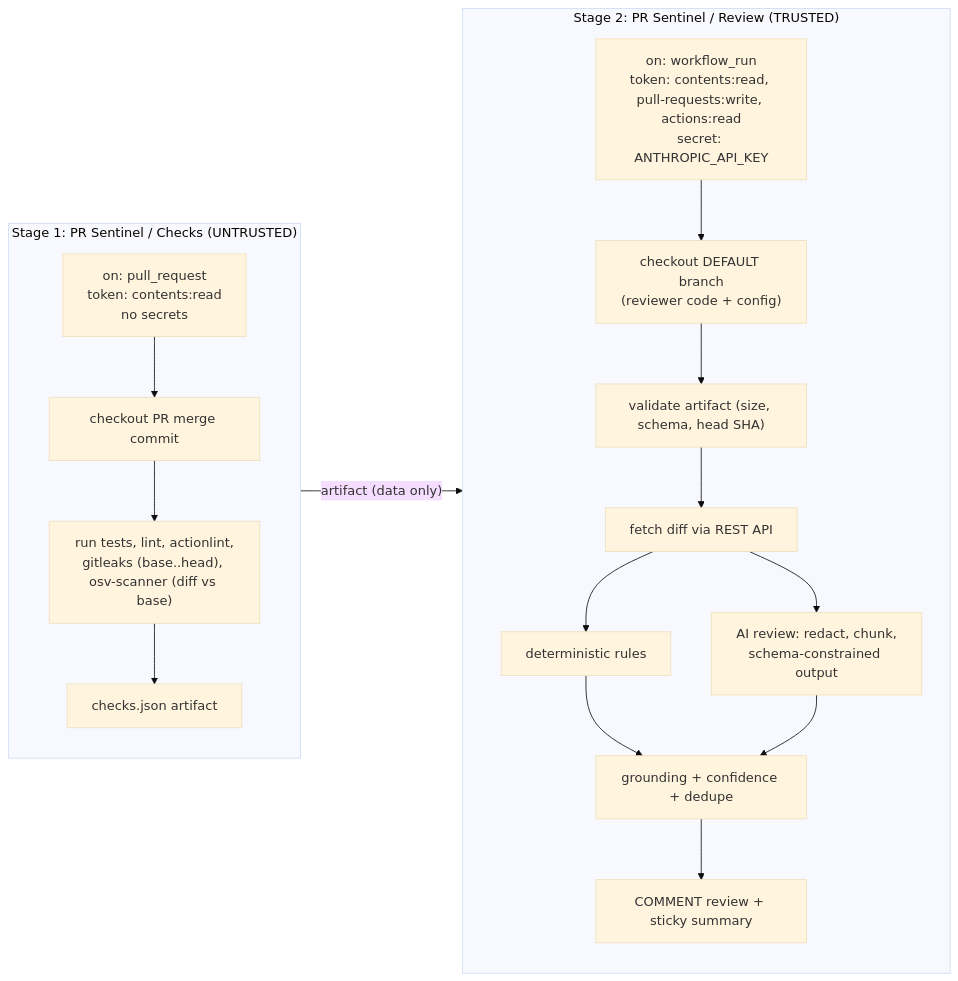
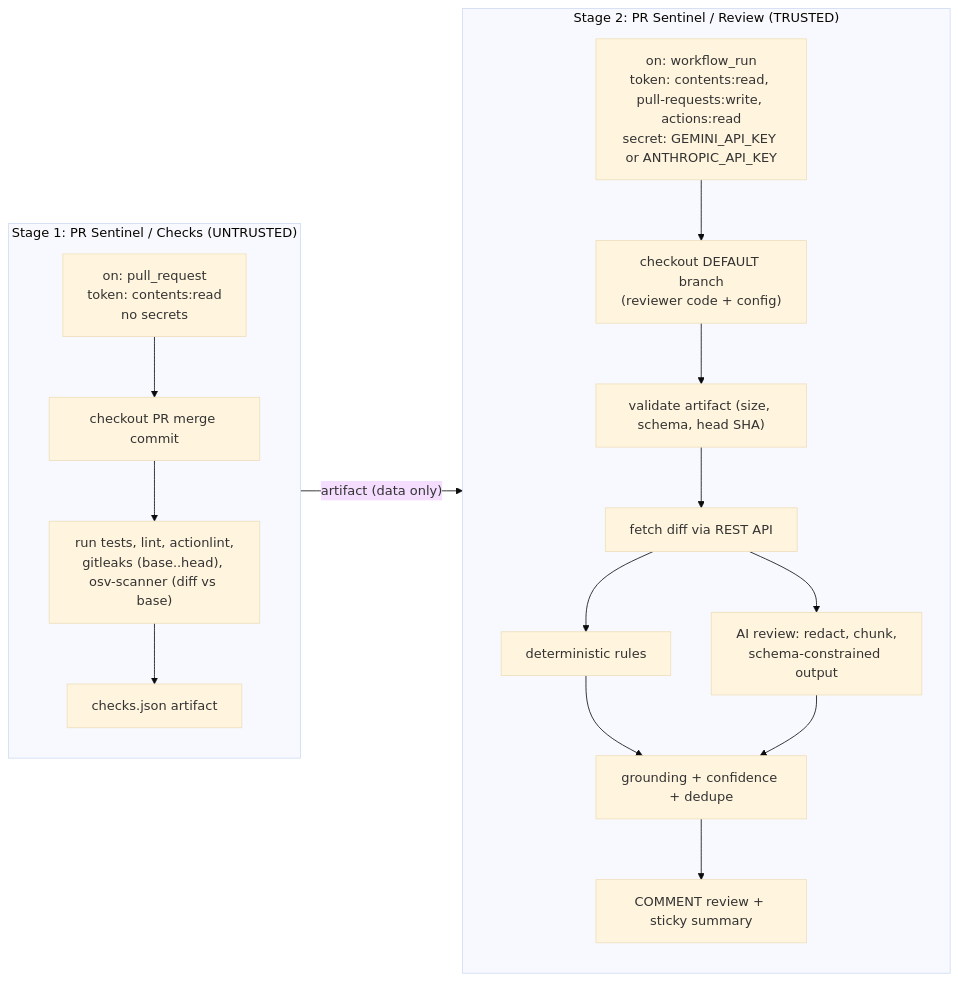
Before and after one commit to sreevar2005/pr-sentinel: the diagram in docs/architecture.md, drawn with Mermaid (base theme). The commit also changed other lines of this file and 17 other files, not shown here.

First line of the commit message:
Add Gemini provider and local .env key loading

````diff
--- a/docs/architecture.md
+++ b/docs/architecture.md
@@ -16,25 +16,25 @@
 ```mermaid
 flowchart LR
     subgraph U["Stage 1: PR Sentinel / Checks (UNTRUSTED)"]
         direction TB
         U1["on: pull_request<br/>token: contents:read<br/>no secrets"]
         U2["checkout PR merge commit"]
         U3["run tests, lint, actionlint,<br/>gitleaks (base..head), osv-scanner (diff vs base)"]
         U4["checks.json artifact"]
         U1 --> U2 --> U3 --> U4
     end
     subgraph T["Stage 2: PR Sentinel / Review (TRUSTED)"]
         direction TB
-        T1["on: workflow_run<br/>token: contents:read, pull-requests:write, actions:read<br/>secret: ANTHROPIC_API_KEY"]
+        T1["on: workflow_run<br/>token: contents:read, pull-requests:write, actions:read<br/>secret: GEMINI_API_KEY or ANTHROPIC_API_KEY"]
         T2["checkout DEFAULT branch<br/>(reviewer code + config)"]
         T3["validate artifact (size, schema, head SHA)"]
         T4["fetch diff via REST API"]
         T5["deterministic rules"]
         T6["AI review: redact, chunk,<br/>schema-constrained output"]
         T7["grounding + confidence + dedupe"]
         T8["COMMENT review + sticky summary"]
         T1 --> T2 --> T3 --> T4 --> T5 --> T7
         T4 --> T6 --> T7 --> T8
     end
     U4 -- "artifact (data only)" --> T3
 ```
````
